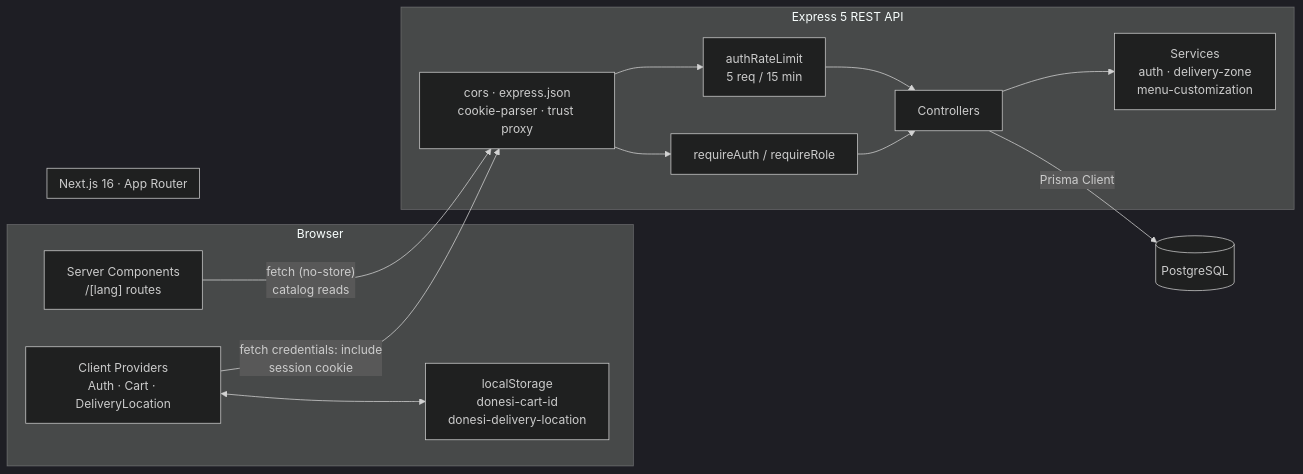
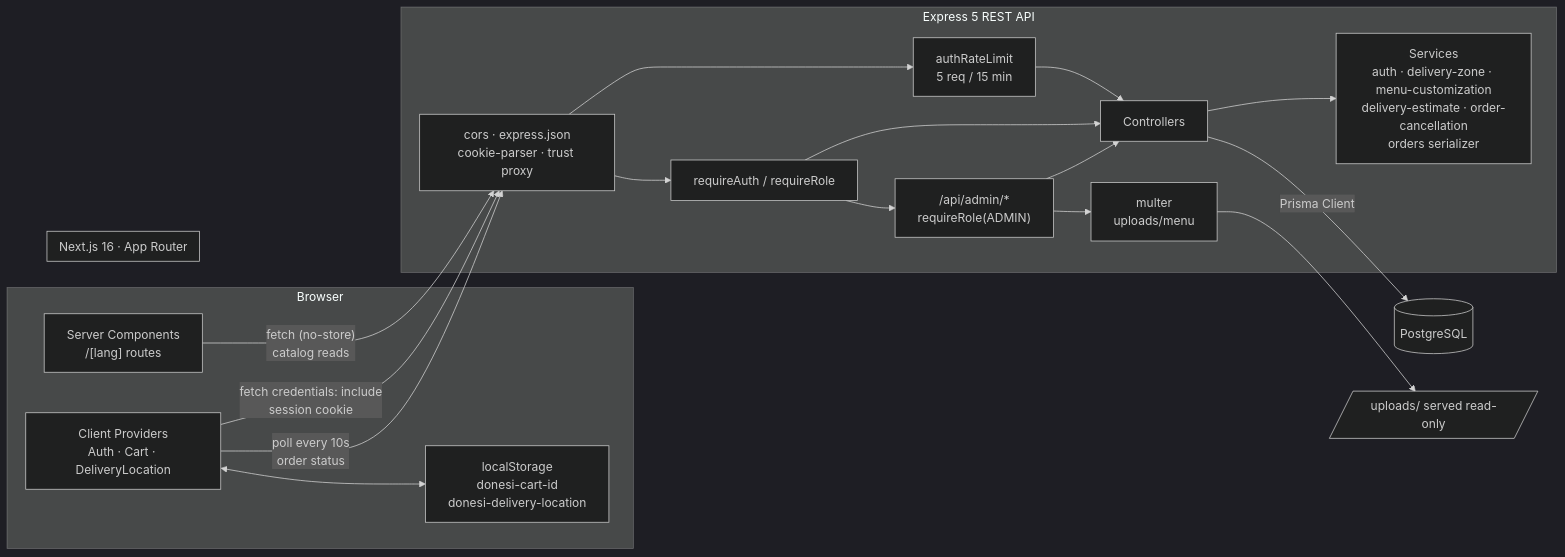
Before and after one commit to DaniloK77/Donesi.me: the first of 2 diagrams in README.md, drawn with Mermaid (dark theme). The commit also changed other lines of this file and 43 other files, not shown here.

````diff
--- a/README.md
+++ b/README.md
@@ -59,31 +65,38 @@
 ```mermaid
 flowchart LR
     subgraph Client["Browser"]
         RSC["Server Components<br/>/[lang] routes"]
         CC["Client Providers<br/>Auth · Cart · DeliveryLocation"]
         LS["localStorage<br/>donesi-cart-id<br/>donesi-delivery-location"]
         CC <--> LS
     end
 
     subgraph Next["Next.js 16 · App Router"]
         RSC
         CC
     end
 
     subgraph API["Express 5 REST API"]
         MW["cors · express.json<br/>cookie-parser · trust proxy"]
         RL["authRateLimit<br/>5 req / 15 min"]
         AUTH["requireAuth / requireRole"]
+        ADMIN["/api/admin/*<br/>requireRole(ADMIN)"]
         CTRL["Controllers"]
-        SVC["Services<br/>auth · delivery-zone<br/>menu-customization"]
+        SVC["Services<br/>auth · delivery-zone · menu-customization<br/>delivery-estimate · order-cancellation<br/>orders serializer"]
+        UP["multer<br/>uploads/menu"]
         MW --> RL --> CTRL
         MW --> AUTH --> CTRL
+        AUTH --> ADMIN --> CTRL
+        ADMIN --> UP
         CTRL --> SVC
     end
 
     DB[("PostgreSQL")]
+    FS[/"uploads/ served read-only"/]
 
     RSC -- "fetch (no-store)<br/>catalog reads" --> MW
     CC -- "fetch credentials: include<br/>session cookie" --> MW
+    CC -- "poll every 10s<br/>order status" --> MW
     CTRL -- "Prisma Client" --> DB
+    UP --> FS
 ```
````
